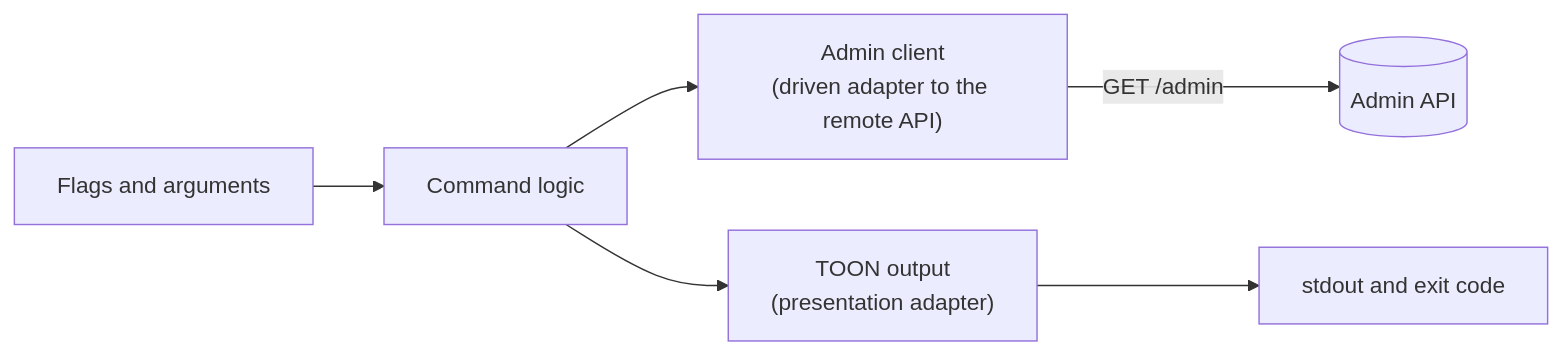
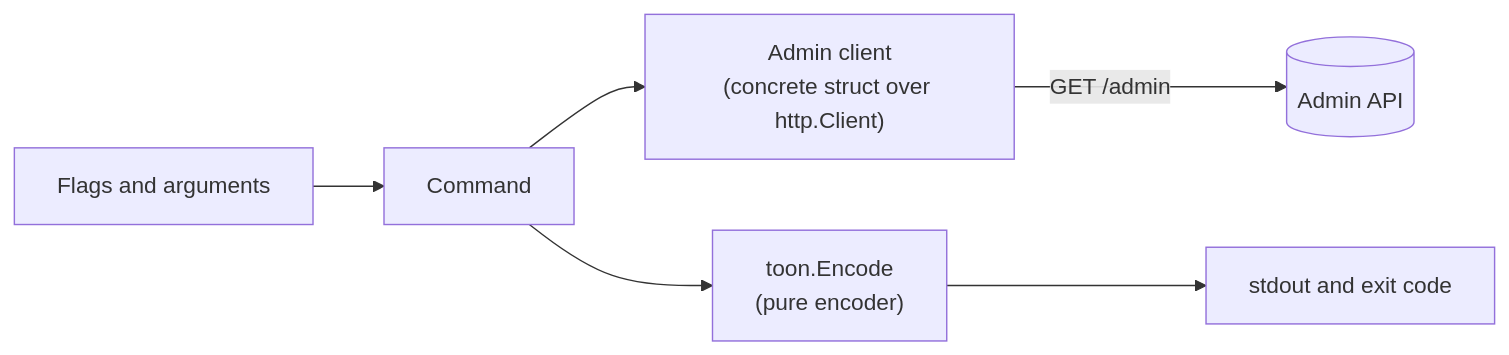
The fourth of 4 diagrams in docs/architecture/cli.md (mtanzi/llm-proxy), drawn with Mermaid before and after one commit. The commit also changed other lines of this file and 3 other files, not shown here.

````diff
--- a/docs/architecture/cli.md
+++ b/docs/architecture/cli.md
@@ -160,8 +156,8 @@
 ```mermaid
 flowchart LR
-    flags[Flags and arguments] --> logic[Command logic]
-    logic --> client["Admin client<br/>(driven adapter to the remote API)"]
-    logic --> toon["TOON output<br/>(presentation adapter)"]
+    flags[Flags and arguments] --> logic[Command]
+    logic --> client["Admin client<br/>(concrete struct over http.Client)"]
+    logic --> toon["toon.Encode<br/>(pure encoder)"]
     client -->|GET /admin| api[(Admin API)]
     toon --> out[stdout and exit code]
 ```
````
